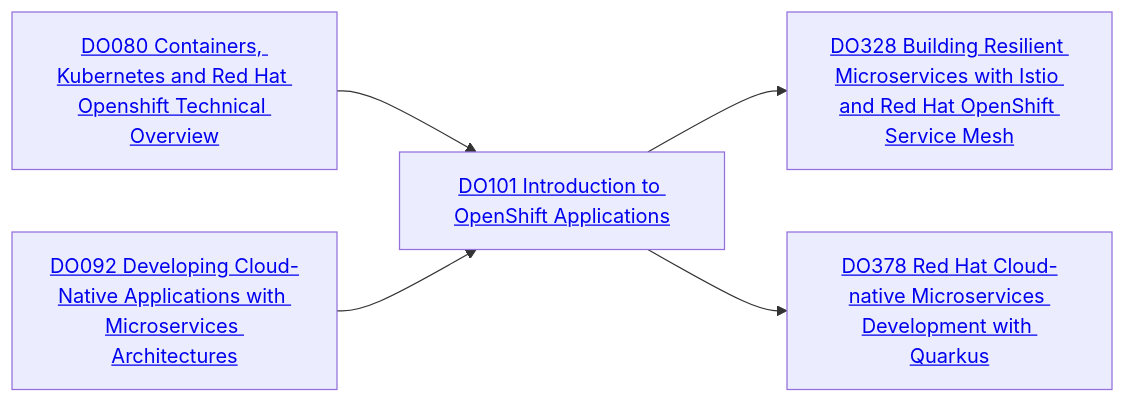
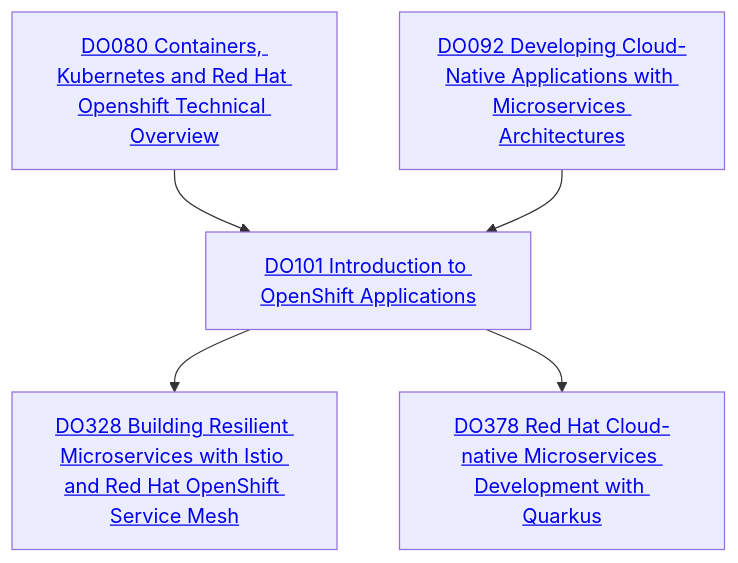
One commit to jland-redhat/markdown-material changed the diagram in docs/app_development_containers_fancy.md. Above: the diagram before and after it, drawn with Mermaid. The commit also changed 1 other file, not shown here.

````diff
--- a/docs/app_development_containers_fancy.md
+++ b/docs/app_development_containers_fancy.md
@@ -8,7 +8,7 @@
 ``` mermaid
-graph LR
+graph TD;
   A[<a href="https://www.redhat.com/en/services/training/do080-deploying-containerized-applications-technical-overview">DO080 Containers, Kubernetes and Red Hat Openshift Technical Overview</a>] --> C[<a href="https://www.redhat.com/en/services/training/do101-introduction-openshift-applications">DO101 Introduction to OpenShift Applications</a>];
   B[<a href="https://www.redhat.com/en/services/training/do092-developing-cloud-native-applications-microservices-architectures">DO092 Developing Cloud-Native Applications with Microservices Architectures</a>] --> C;
   C --> D[<a href="https://rol.redhat.com/rol/app/courses/do328vc-2.0">DO328 Building Resilient Microservices with Istio and Red Hat OpenShift Service Mesh</a>];
   C --> E[<a href="https://rol.redhat.com/rol/app/courses/do378vc-1.11">DO378 Red Hat Cloud-native Microservices Development with Quarkus</a>];
 ```
````
